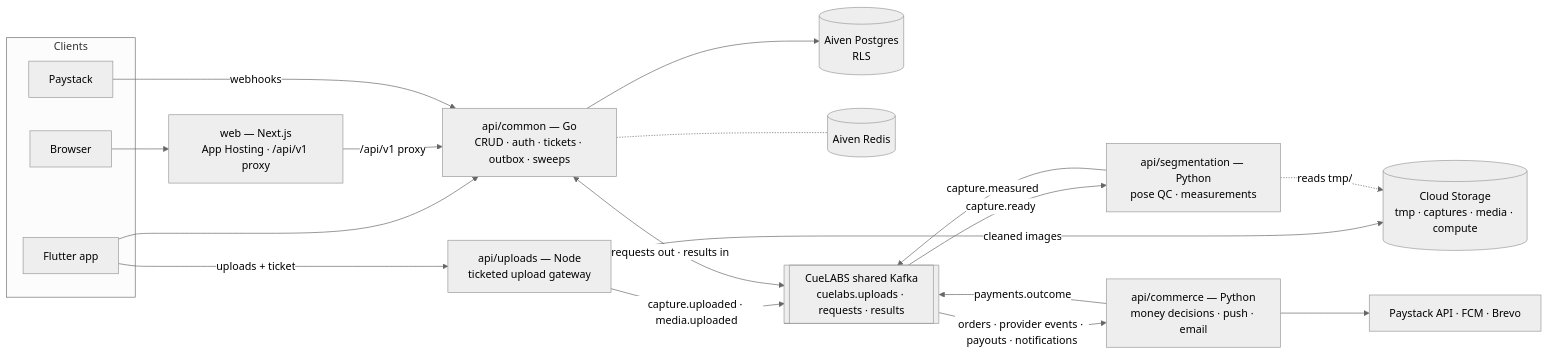
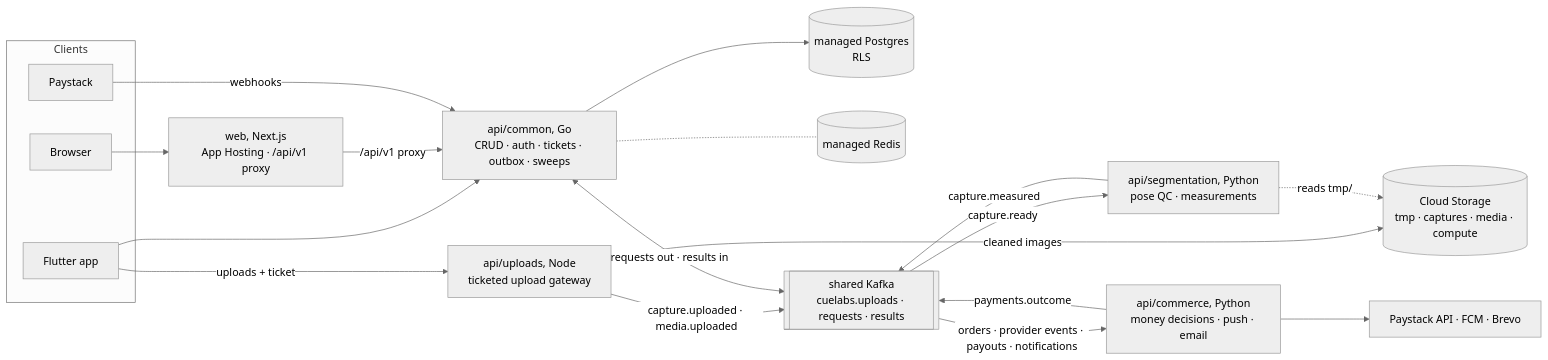
Before and after one commit to cuesoftinc/apparule: the first of 4 diagrams in docs/architecture.md, drawn with Mermaid (neutral theme). The commit also changed other lines of this file and 28 other files, not shown here.

````diff
--- a/docs/architecture.md
+++ b/docs/architecture.md
@@ -10,38 +10,38 @@
 ```mermaid
 flowchart LR
     subgraph Clients
         APP[Flutter app]
         BR[Browser]
         PS[Paystack]
     end
 
-    WEB[web — Next.js<br/>App Hosting · /api/v1 proxy]
+    WEB[web, Next.js<br/>App Hosting · /api/v1 proxy]
 
-    COMMON[api/common — Go<br/>CRUD · auth · tickets · outbox · sweeps]
-    UP[api/uploads — Node<br/>ticketed upload gateway]
-    SEG[api/segmentation — Python<br/>pose QC · measurements]
-    COM[api/commerce — Python<br/>money decisions · push · email]
+    COMMON[api/common, Go<br/>CRUD · auth · tickets · outbox · sweeps]
+    UP[api/uploads, Node<br/>ticketed upload gateway]
+    SEG[api/segmentation, Python<br/>pose QC · measurements]
+    COM[api/commerce, Python<br/>money decisions · push · email]
 
-    PG[(Aiven Postgres<br/>RLS)]
+    PG[(managed Postgres<br/>RLS)]
     GCS[(Cloud Storage<br/>tmp · captures · media · compute)]
-    R[(Aiven Redis)]
-    K[[CueLABS shared Kafka<br/>cuelabs.uploads · requests · results]]
+    R[(managed Redis)]
+    K[[shared Kafka<br/>cuelabs.uploads · requests · results]]
 
     APP --> COMMON
     BR --> WEB
     WEB -->|/api/v1 proxy| COMMON
     PS -->|webhooks| COMMON
     APP -->|uploads + ticket| UP
 
     UP -->|cleaned images| GCS
     UP -->|capture.uploaded · media.uploaded| K
     COMMON --> PG
     COMMON -.- R
     COMMON <-->|requests out · results in| K
     K -->|capture.ready| SEG
     SEG -.->|reads tmp/| GCS
     SEG -->|capture.measured| K
     K -->|orders · provider events · payouts · notifications| COM
     COM -->|payments.outcome| K
     COM --> EXT[Paystack API · FCM · Brevo]
 ```
````
